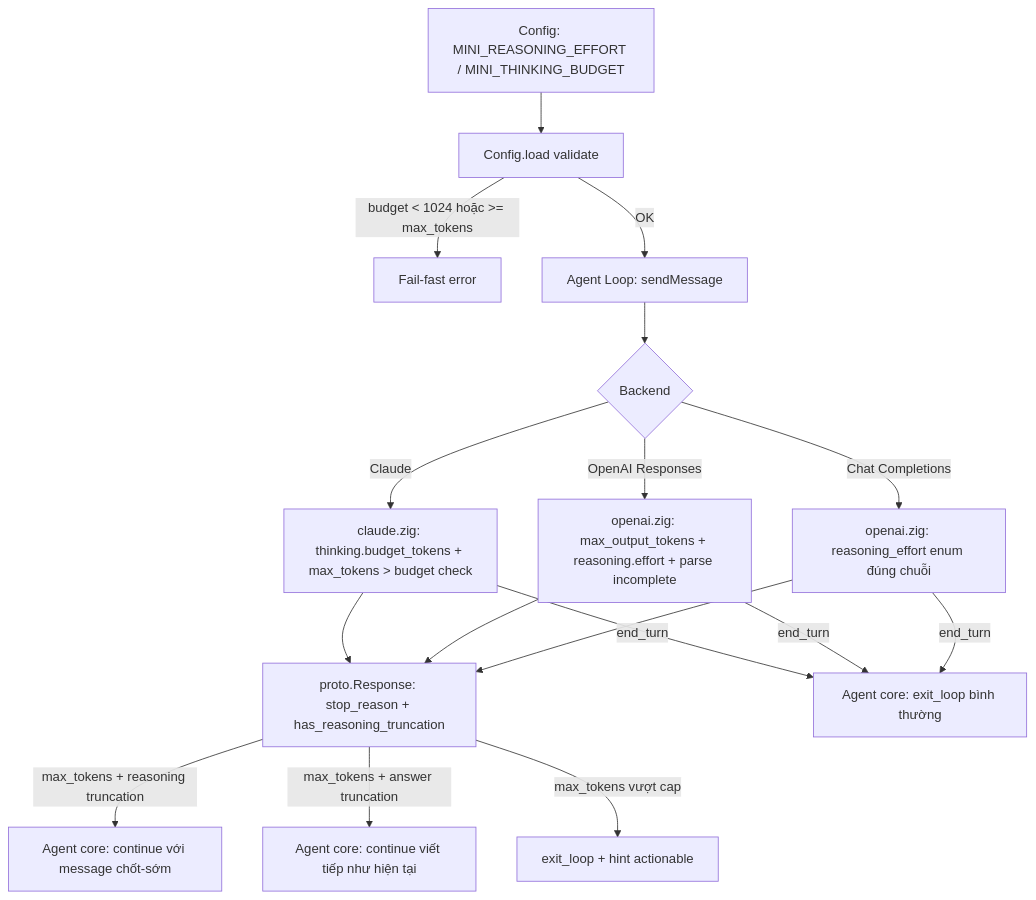
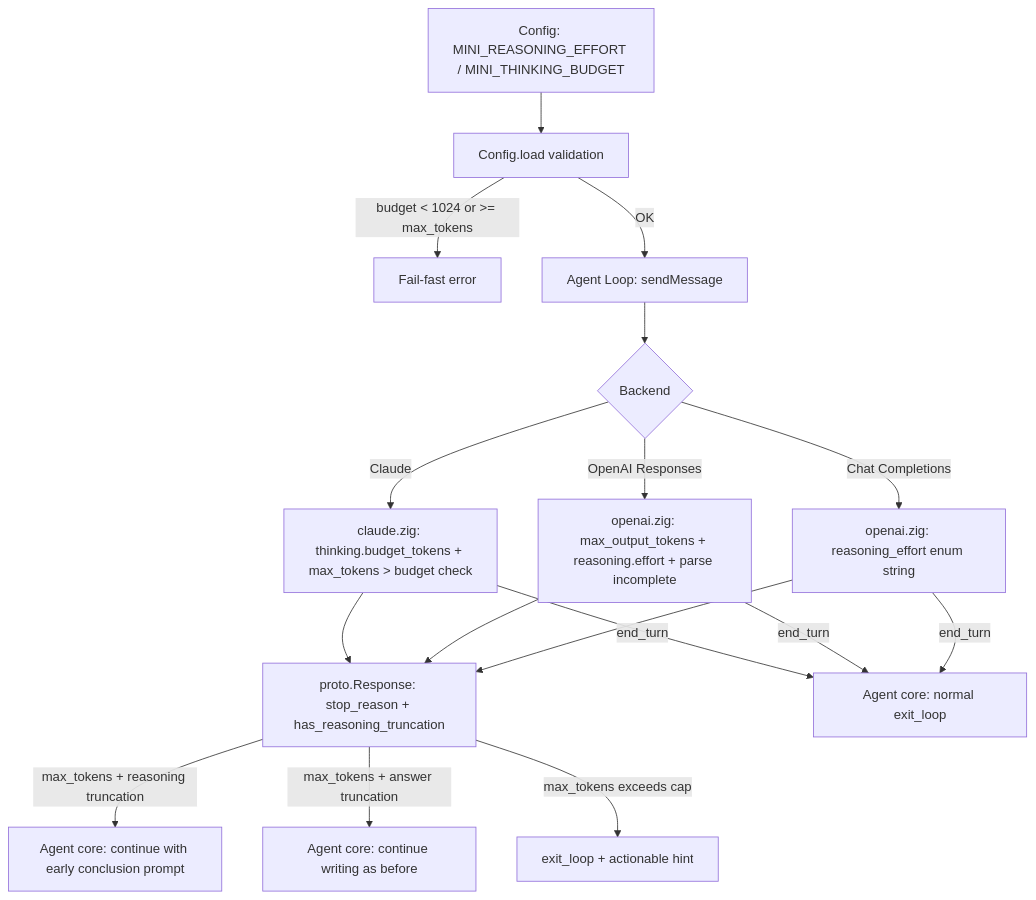
Before and after one commit to wdvn/mini_old: the diagram in docs/rfc_009_thinking_budget_reasoning_effort_proposal.md, drawn with Mermaid. The commit also changed other lines of this file and 92 other files, not shown here.

````diff
--- a/docs/rfc_009_thinking_budget_reasoning_effort_proposal.md
+++ b/docs/rfc_009_thinking_budget_reasoning_effort_proposal.md
@@ -168,15 +168,15 @@
 ```mermaid
 flowchart TD
-    A["Config: MINI_REASONING_EFFORT / MINI_THINKING_BUDGET"] --> B["Config.load validate"]
-    B -->|budget < 1024 hoặc >= max_tokens| C["Fail-fast error"]
+    A["Config: MINI_REASONING_EFFORT / MINI_THINKING_BUDGET"] --> B["Config.load validation"]
+    B -->|budget < 1024 or >= max_tokens| C["Fail-fast error"]
     B -->|OK| D["Agent Loop: sendMessage"]
     D --> E{"Backend"}
     E -->|Claude| F["claude.zig: thinking.budget_tokens + max_tokens > budget check"]
     E -->|OpenAI Responses| G["openai.zig: max_output_tokens + reasoning.effort + parse incomplete"]
-    E -->|Chat Completions| H["openai.zig: reasoning_effort enum đúng chuỗi"]
+    E -->|Chat Completions| H["openai.zig: reasoning_effort enum string"]
     F & G & H --> I["proto.Response: stop_reason + has_reasoning_truncation"]
-    I -->|max_tokens + reasoning truncation| J["Agent core: continue với message chốt-sớm"]
-    I -->|max_tokens + answer truncation| K["Agent core: continue viết tiếp như hiện tại"]
-    I -->|max_tokens vượt cap| L["exit_loop + hint actionable"]
-    F & G & H -->|end_turn| M["Agent core: exit_loop bình thường"]
+    I -->|max_tokens + reasoning truncation| J["Agent core: continue with early conclusion prompt"]
+    I -->|max_tokens + answer truncation| K["Agent core: continue writing as before"]
+    I -->|max_tokens exceeds cap| L["exit_loop + actionable hint"]
+    F & G & H -->|end_turn| M["Agent core: normal exit_loop"]
 ```
````
